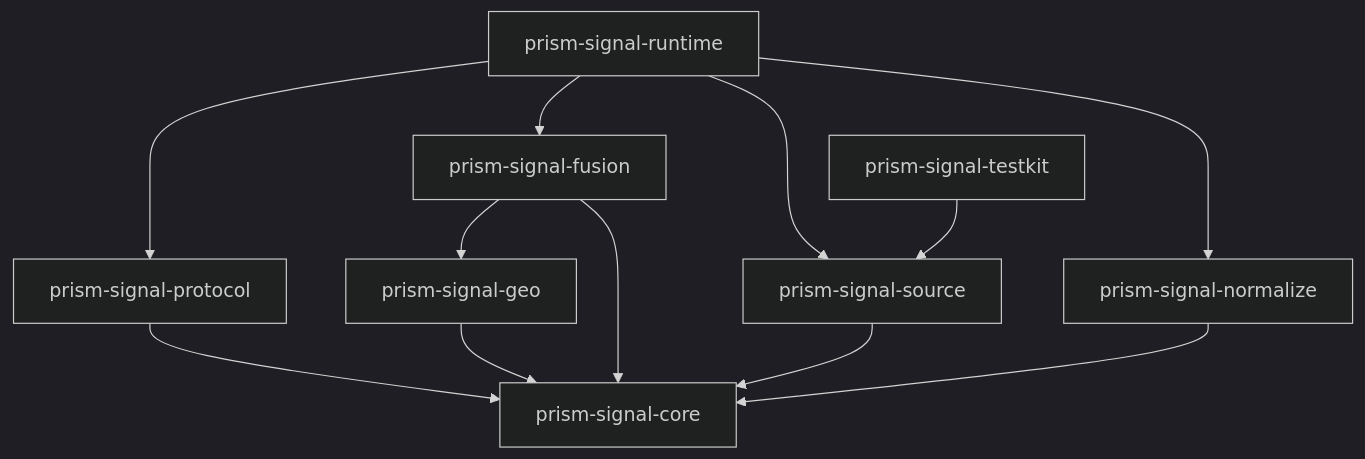
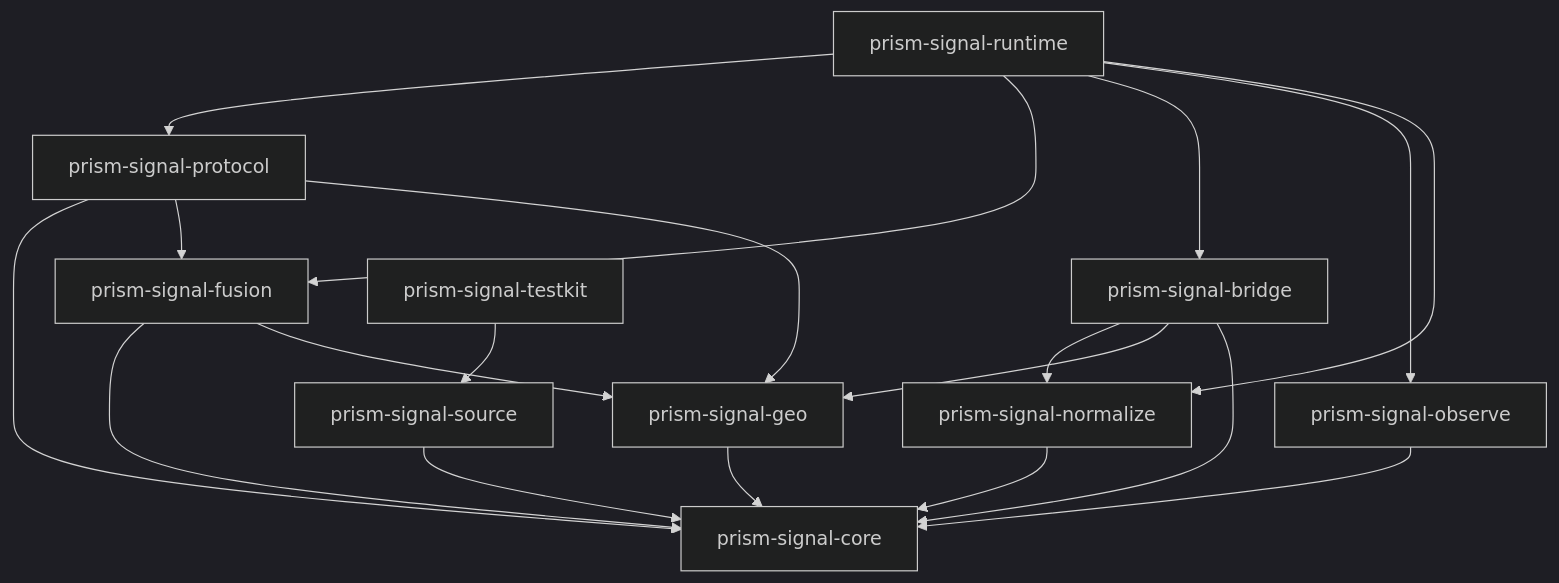
Before and after one commit to aiaiaiai-org/prism-signal: the first of 2 diagrams in docs/architecture.md, drawn with Mermaid (dark theme). The commit also changed 29 other files, not shown here.

First line of the commit message:
feat: fusion and the prism-signal.v1 runtime (#8)

````diff
--- a/docs/architecture.md
+++ b/docs/architecture.md
@@ -19,14 +19,21 @@
 ```mermaid
 flowchart TD
     Protocol["prism-signal-protocol"] --> Core["prism-signal-core"]
     Geo["prism-signal-geo"] --> Core
     Fusion["prism-signal-fusion"] --> Core
     Fusion --> Geo
     Source["prism-signal-source"] --> Core
     Normalize["prism-signal-normalize"] --> Core
+    Observe["prism-signal-observe"] --> Core
+    Bridge["prism-signal-bridge"] --> Normalize
+    Bridge --> Geo
+    Bridge --> Core
+    Protocol --> Fusion
+    Protocol --> Geo
     Runtime["prism-signal-runtime"] --> Protocol
     Runtime --> Fusion
-    Runtime --> Source
+    Runtime --> Bridge
+    Runtime --> Observe
     Runtime --> Normalize
     Testkit["prism-signal-testkit"] --> Source
 ```
````
